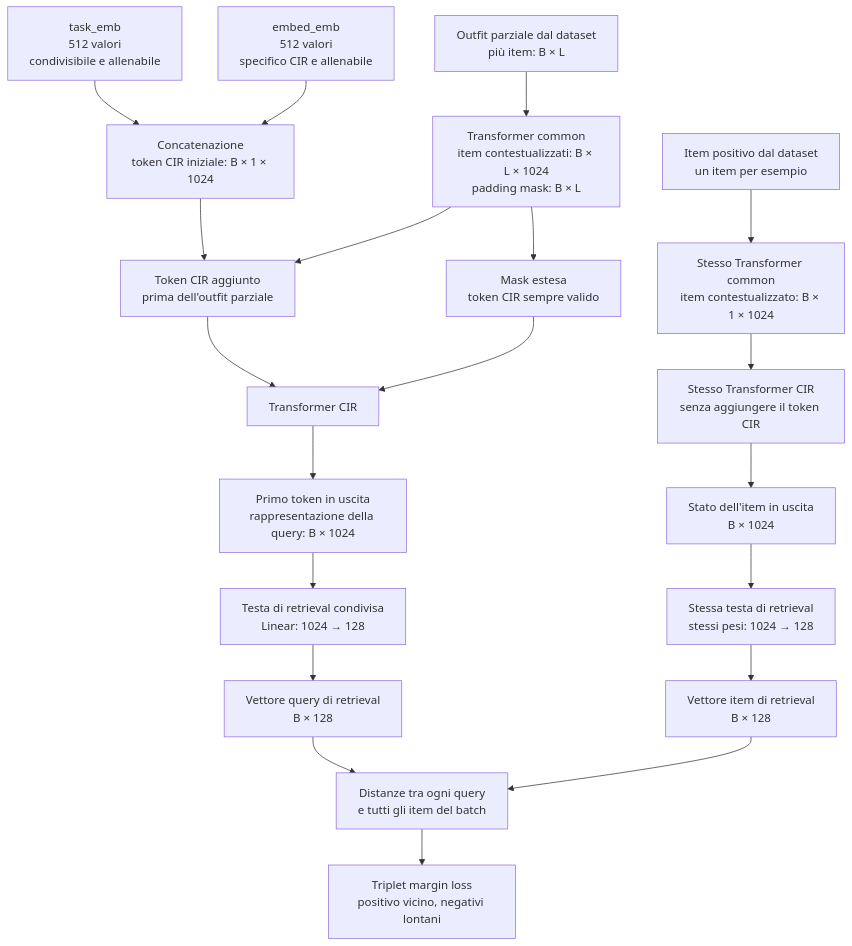
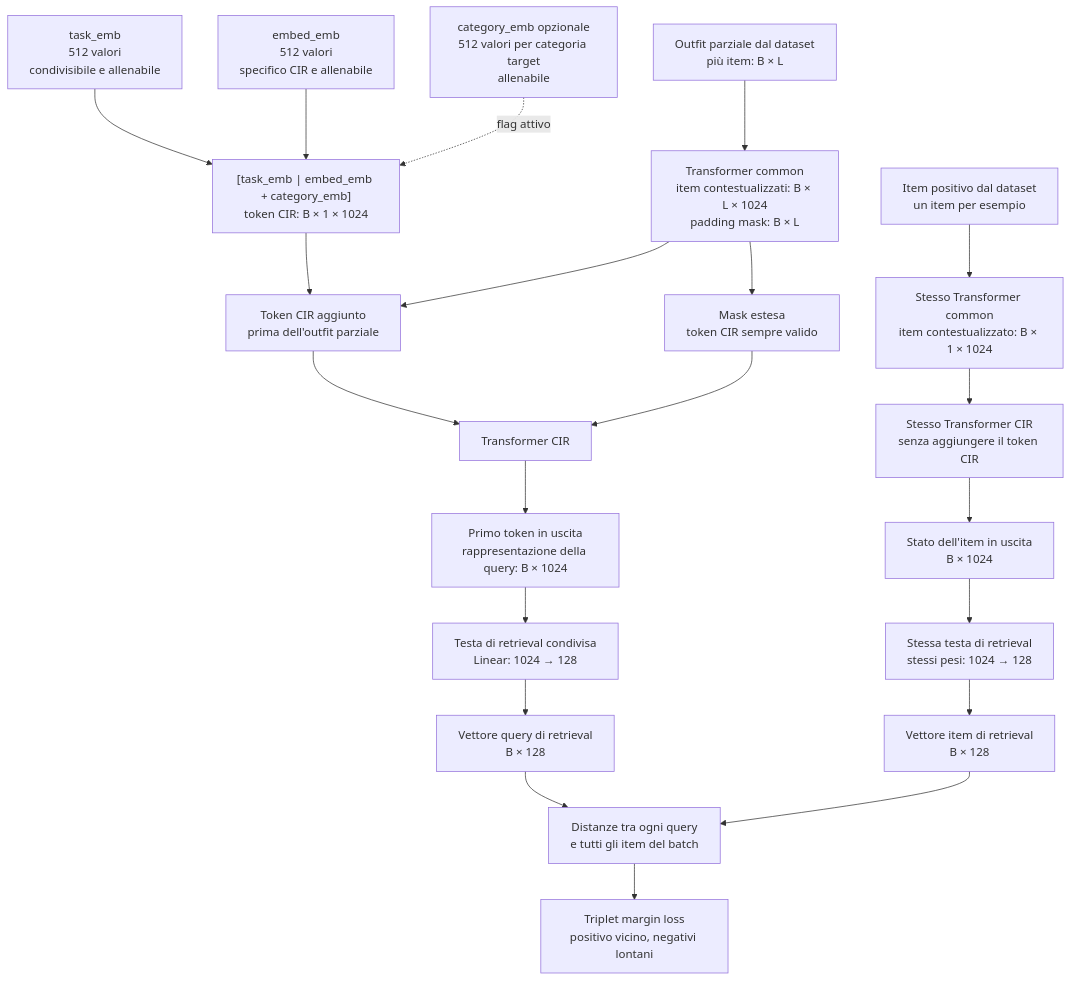
One commit to FlorindoDev/OutfitTransformer changed the first of 2 diagrams in model/CIR/README.md. Above: the diagram before and after it, drawn with Mermaid. The commit also changed other lines of this file and 4 other files, not shown here.

Commit message:
feat(CIR): aggiunta category_emb

````diff
--- a/model/CIR/README.md
+++ b/model/CIR/README.md
@@ -45,46 +46,48 @@
 ```mermaid
 flowchart TD
     PARTIAL["Outfit parziale dal dataset<br/>più item: B × L"]
     COMMON_QUERY["Transformer common<br/>item contestualizzati: B × L × 1024<br/>padding mask: B × L"]
     TASK["task_emb<br/>512 valori<br/>condivisibile e allenabile"]
     EMBED["embed_emb<br/>512 valori<br/>specifico CIR e allenabile"]
-    TOKEN["Concatenazione<br/>token CIR iniziale: B × 1 × 1024"]
+    CATEGORY["category_emb opzionale<br/>512 valori per categoria target<br/>allenabile"]
+    TOKEN["[task_emb | embed_emb + category_emb]<br/>token CIR: B × 1 × 1024"]
     PREPEND["Token CIR aggiunto<br/>prima dell'outfit parziale"]
     MASK["Mask estesa<br/>token CIR sempre valido"]
     QUERY_TRANSFORMER["Transformer CIR"]
     QUERY_STATE["Primo token in uscita<br/>rappresentazione della query: B × 1024"]
     QUERY_HEAD["Testa di retrieval condivisa<br/>Linear: 1024 → 128"]
     QUERY_VECTOR["Vettore query di retrieval<br/>B × 128"]
 
     POSITIVE["Item positivo dal dataset<br/>un item per esempio"]
     COMMON_ITEM["Stesso Transformer common<br/>item contestualizzato: B × 1 × 1024"]
     ITEM_TRANSFORMER["Stesso Transformer CIR<br/>senza aggiungere il token CIR"]
     ITEM_STATE["Stato dell'item in uscita<br/>B × 1024"]
     ITEM_HEAD["Stessa testa di retrieval<br/>stessi pesi: 1024 → 128"]
     ITEM_VECTOR["Vettore item di retrieval<br/>B × 128"]
 
     DISTANCE["Distanze tra ogni query<br/>e tutti gli item del batch"]
     LOSS["Triplet margin loss<br/>positivo vicino, negativi lontani"]
 
     PARTIAL --> COMMON_QUERY
     TASK --> TOKEN
     EMBED --> TOKEN
+    CATEGORY -. flag attivo .-> TOKEN
     TOKEN --> PREPEND
     COMMON_QUERY --> PREPEND
     COMMON_QUERY --> MASK
     PREPEND --> QUERY_TRANSFORMER
     MASK --> QUERY_TRANSFORMER
     QUERY_TRANSFORMER --> QUERY_STATE
     QUERY_STATE --> QUERY_HEAD
     QUERY_HEAD --> QUERY_VECTOR
 
     POSITIVE --> COMMON_ITEM
     COMMON_ITEM --> ITEM_TRANSFORMER
     ITEM_TRANSFORMER --> ITEM_STATE
     ITEM_STATE --> ITEM_HEAD
     ITEM_HEAD --> ITEM_VECTOR
 
     QUERY_VECTOR --> DISTANCE
     ITEM_VECTOR --> DISTANCE
     DISTANCE --> LOSS
 ```
````
